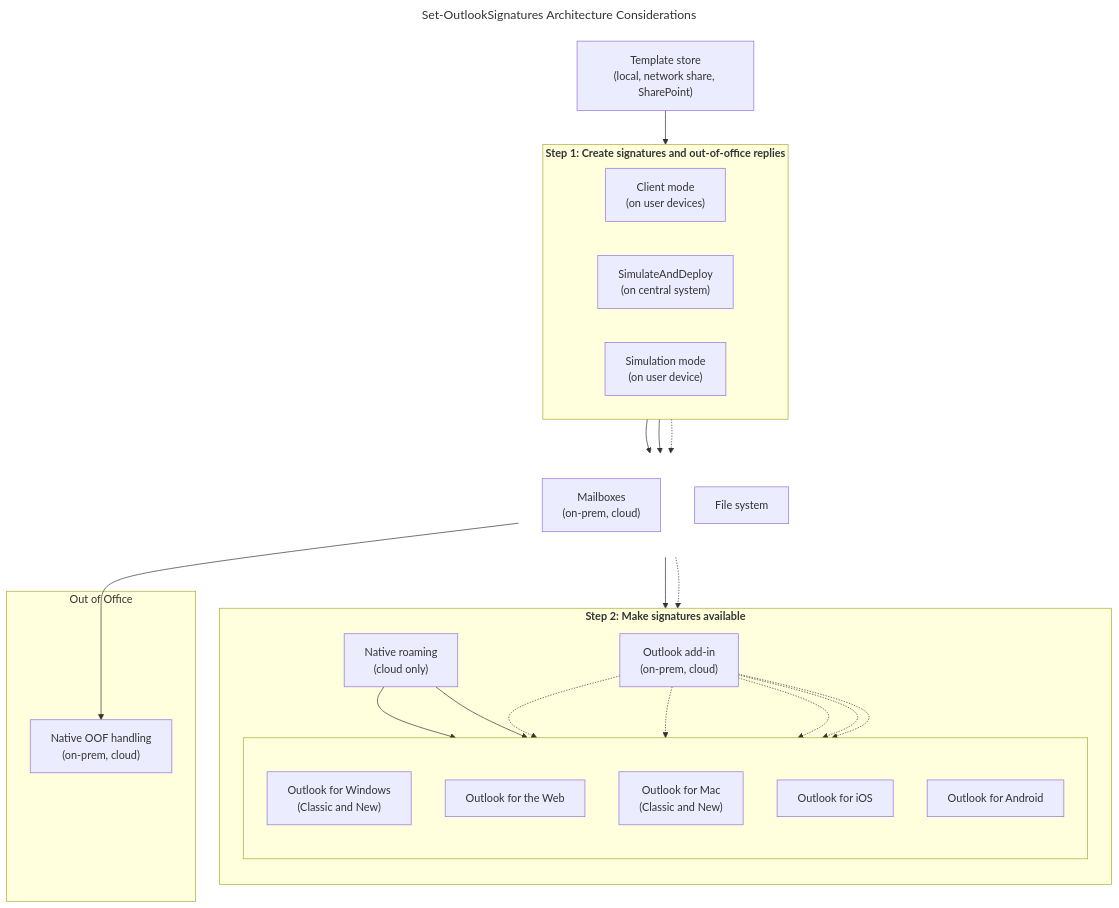
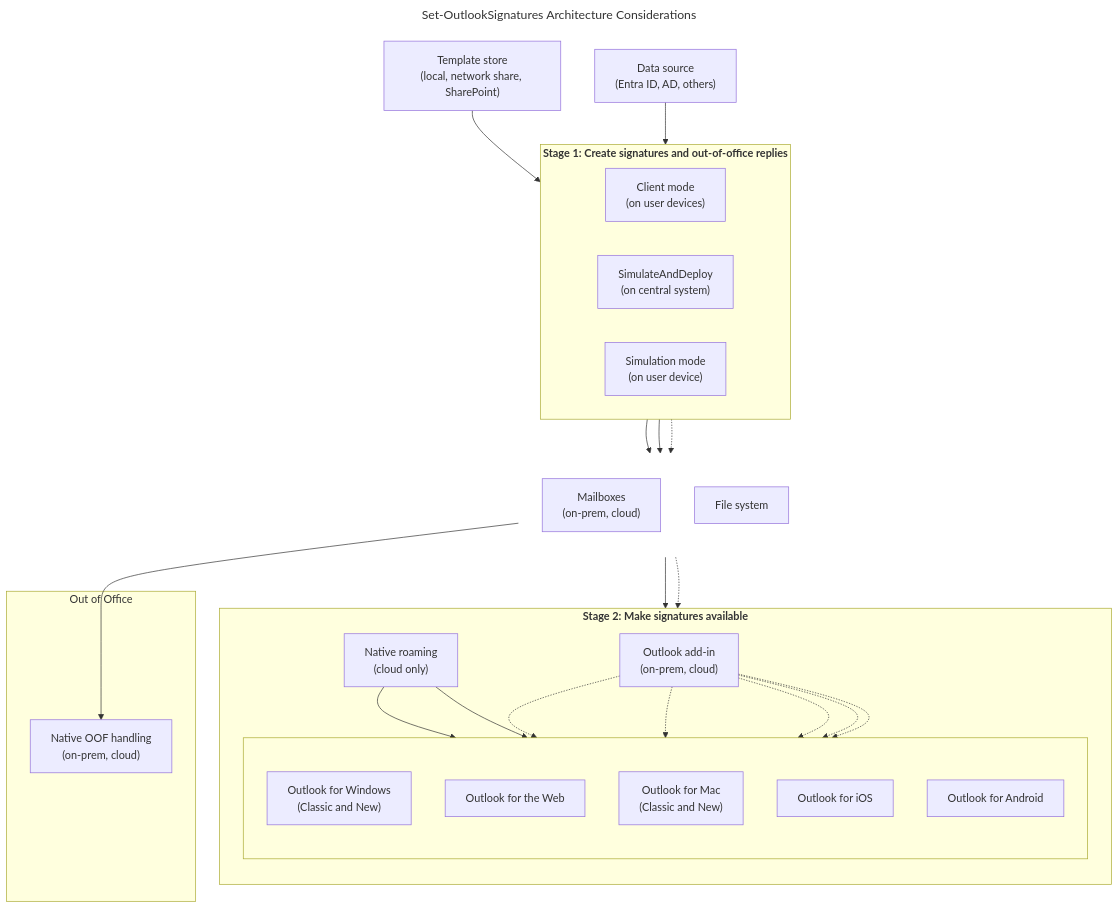
The diagram in details.en.md (ExplicITConsulting/set-outlooksignatures.com), drawn with Mermaid before and after one commit. The commit also changed other lines of this file, not shown here.

````diff
--- a/details.en.md
+++ b/details.en.md
@@ -109,57 +97,60 @@
 ```mermaid
 ---
 title: Set-OutlookSignatures Architecture Considerations
 ---
 flowchart TB
     classDef invisible fill:none,stroke:none;
 
     templatestore["Template store<br/>(local, network share, SharePoint)"]
 
-    subgraph gen ["<b>Step 1: Create signatures and out-of-office replies</b>"]
+    datasource["Data source<br/>(Entra ID, AD, others)"]
+
+    subgraph gen ["<b>Stage 1: Create signatures and out-of-office replies</b>"]
         direction LR
         clientmode["Client mode<br>(on user devices)"]
         simulateanddeploy["SimulateAndDeploy<br>(on central system)"]
         simulate["Simulation mode<br>(on user device)"]
     end
 
     subgraph mid [" "]
         direction TB
         mailbox["Mailboxes<br>(on-prem, cloud)"]
         filesystem["File system"]
     end
 
-    subgraph avail ["<b>Step 2: Make signatures available</b>"]
+    subgraph avail ["<b>Stage 2: Make signatures available</b>"]
         direction TB
 
         roam["Native roaming<br>(cloud only)"]
         addin["Outlook add-in<br>(on-prem, cloud)"]
 
         subgraph outlookeditions [" "]
             direction TB
             WinOutlook["Outlook for Windows<br>(Classic and New)"]
             WebOutlook["Outlook for the Web"]
             Mac["Outlook for Mac<br>(Classic and New)"]
             iOS["Outlook for iOS"]
             Android["Outlook for Android"]
         end
     end
 
     subgraph oofbox["Out of Office"]
         oof["Native OOF handling<br>(on-prem, cloud)"]
     end
 
     class mid invisible;
 
     templatestore --> gen
+    datasource --> gen
 
     clientmode --> mailbox
     simulateanddeploy --> mailbox
     simulate -.-> filesystem
     
     mailbox --> roam
     mailbox --> oof
     mailbox -.-> addin
 
     roam --> WinOutlook & WebOutlook
     addin -.-> WinOutlook & WebOutlook & Mac & iOS & Android
 ```
````
